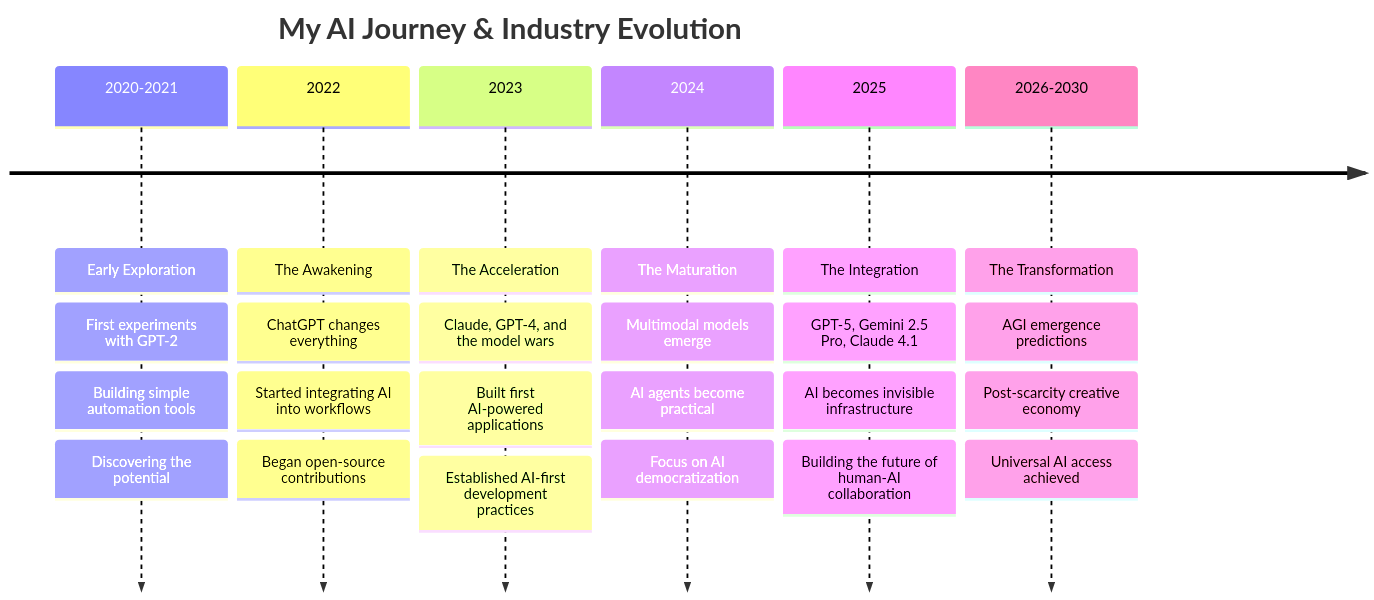
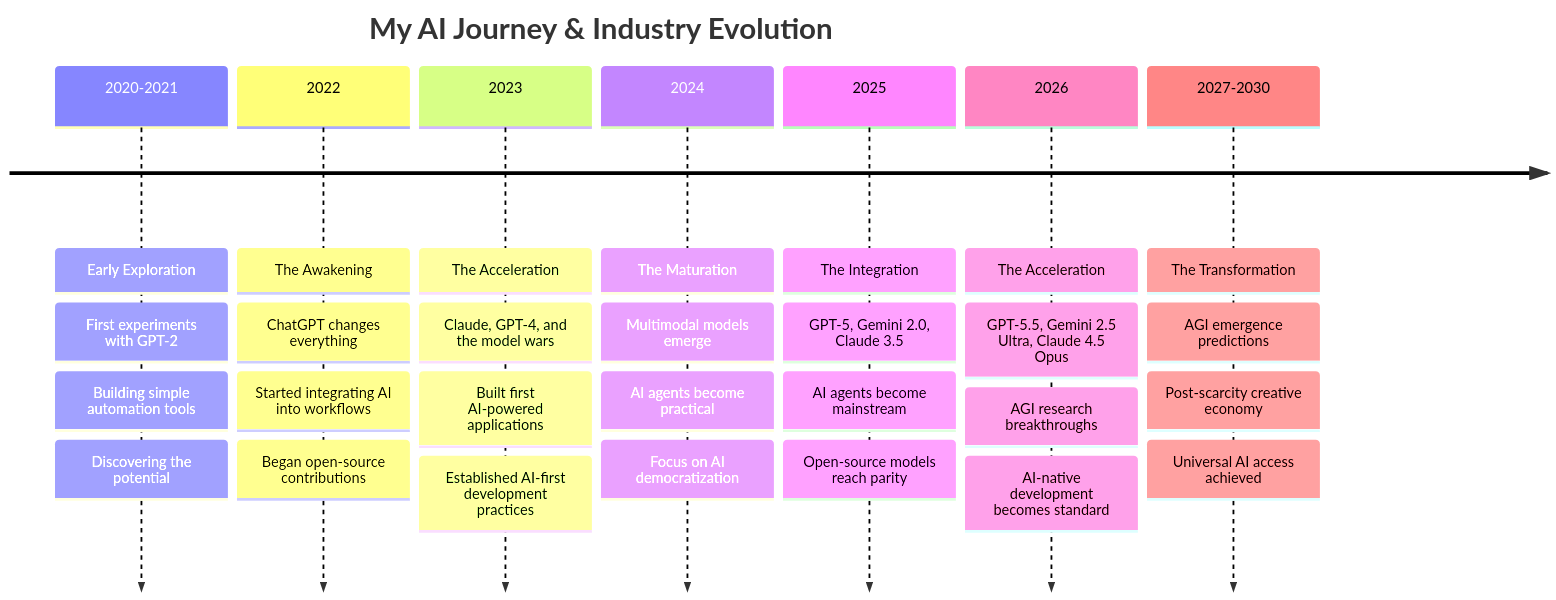
One commit to yagami1997/yagami1997 changed the diagram in README.md. Above: the diagram before and after it, drawn with Mermaid. The commit also changed other lines of this file, not shown here.

````diff
--- a/README.md
+++ b/README.md
@@ -250,34 +250,39 @@
 ```mermaid
 timeline
     title My AI Journey & Industry Evolution
     
     2020-2021 : Early Exploration
               : First experiments with GPT-2
               : Building simple automation tools
               : Discovering the potential
     
     2022      : The Awakening
               : ChatGPT changes everything
               : Started integrating AI into workflows
               : Began open-source contributions
     
     2023      : The Acceleration
               : Claude, GPT-4, and the model wars
               : Built first AI-powered applications
               : Established AI-first development practices
     
     2024      : The Maturation
               : Multimodal models emerge
               : AI agents become practical
               : Focus on AI democratization
     
     2025      : The Integration
-              : GPT-5, Gemini 2.5 Pro, Claude 4.1
-              : AI becomes invisible infrastructure
-              : Building the future of human-AI collaboration
+              : GPT-5, Gemini 2.0, Claude 3.5
+              : AI agents become mainstream
+              : Open-source models reach parity
     
-    2026-2030 : The Transformation
+    2026      : The Acceleration
+              : GPT-5.5, Gemini 2.5 Ultra, Claude 4.5 Opus
+              : AGI research breakthroughs
+              : AI-native development becomes standard
+    
+    2027-2030 : The Transformation
               : AGI emergence predictions
               : Post-scarcity creative economy
               : Universal AI access achieved
 ```
````
